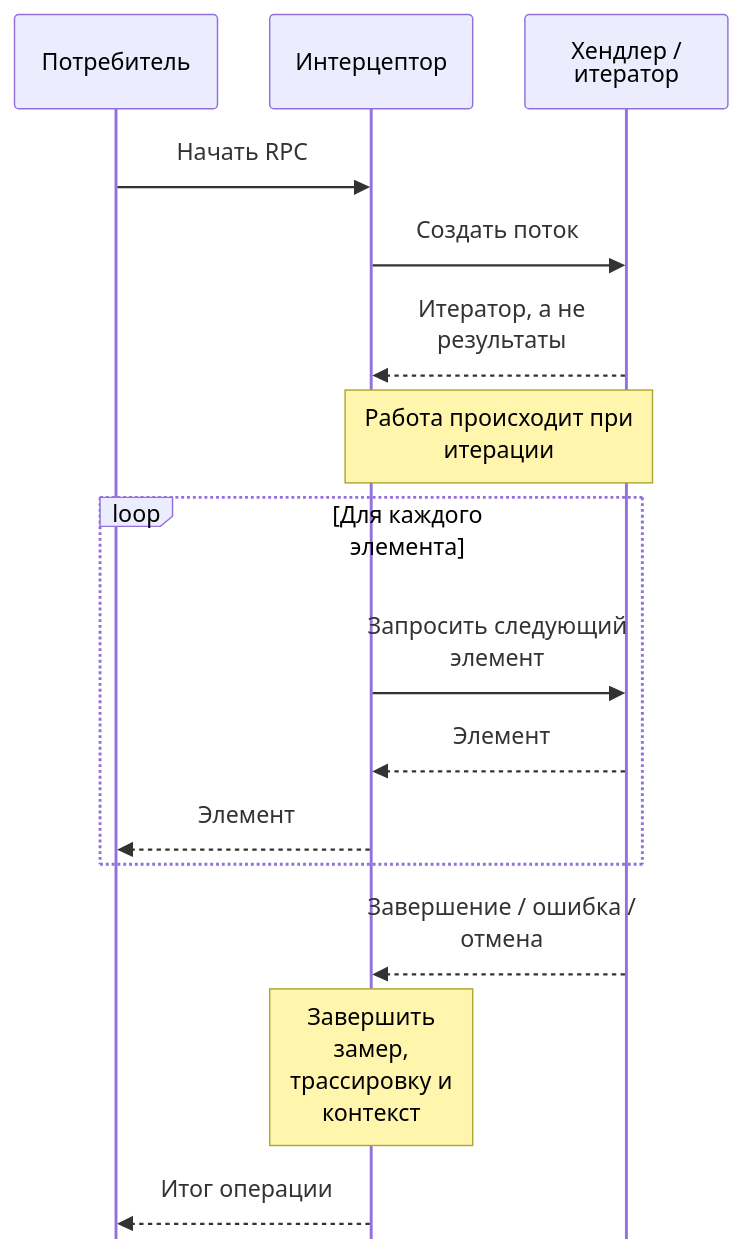
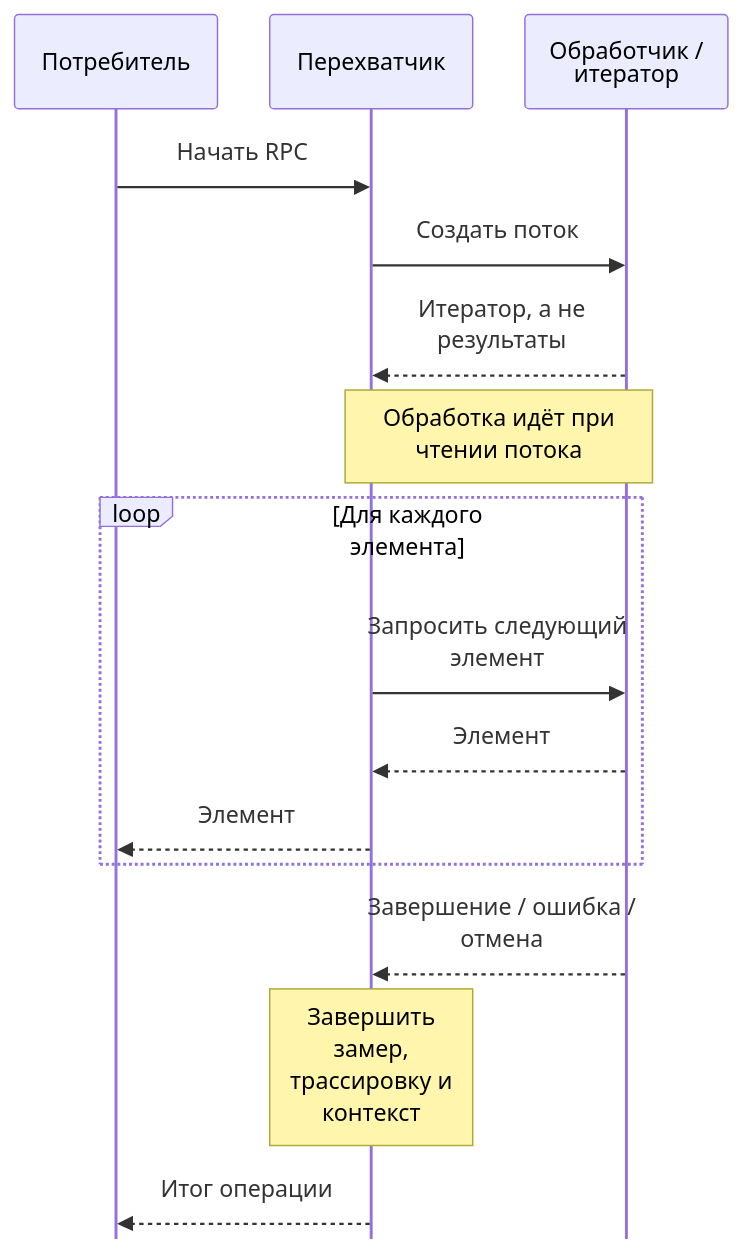
One commit to bedrock-python/bedrock-python.github.io changed the diagram in translations/ru/blog/posts/2026-09-07-why-grpc-interceptors-break-on-streaming-rpcs.md. Above: the diagram before and after it, drawn with Mermaid. The commit also changed other lines of this file and 24 other files, not shown here.

````diff
--- a/translations/ru/blog/posts/2026-09-07-why-grpc-interceptors-break-on-streaming-rpcs.md
+++ b/translations/ru/blog/posts/2026-09-07-why-grpc-interceptors-break-on-streaming-rpcs.md
@@ -89,31 +89,31 @@
 ```mermaid
 ---
 config:
   theme: default
   look: classic
   sequence:
     useMaxWidth: false
     wrap: true
     width: 140
     actorMargin: 36
     mirrorActors: false
 ---
 sequenceDiagram
-    accTitle: Поток живёт дольше вызова, который его создал
-    accDescr: Замер только создания итератора пропускает работу и последующие ошибки. Потоковый интерцептор должен сохранять контекст во время итерации и завершать его при успехе, ошибке или отмене.
+    accTitle: Создание потока — только начало RPC
+    accDescr: Измерять нужно весь поток, включая чтение элементов и ошибки. Перехватчик сохраняет контекст до конца чтения, затем освобождает ресурсы при успехе, ошибке или отмене.
     participant C as Потребитель
-    participant I as Интерцептор
-    participant H as Хендлер / итератор
+    participant I as Перехватчик
+    participant H as Обработчик / итератор
     C->>I: Начать RPC
     I->>H: Создать поток
     H-->>I: Итератор, а не результаты
-    Note over I,H: Работа происходит при итерации
+    Note over I,H: Обработка идёт при чтении потока
     loop Для каждого элемента
       I->>H: Запросить следующий элемент
       H-->>I: Элемент
       I-->>C: Элемент
     end
     H-->>I: Завершение / ошибка / отмена
     Note over I: Завершить замер, трассировку и контекст
     I-->>C: Итог операции
 ```
````
